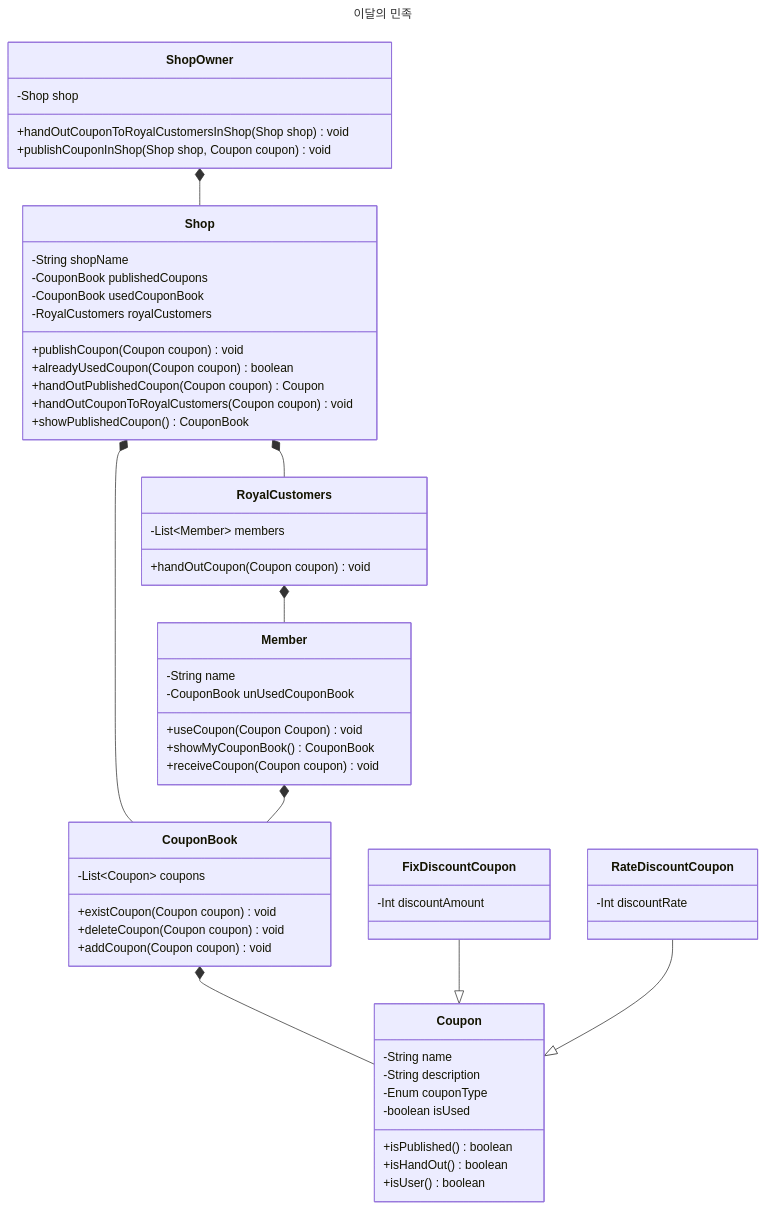
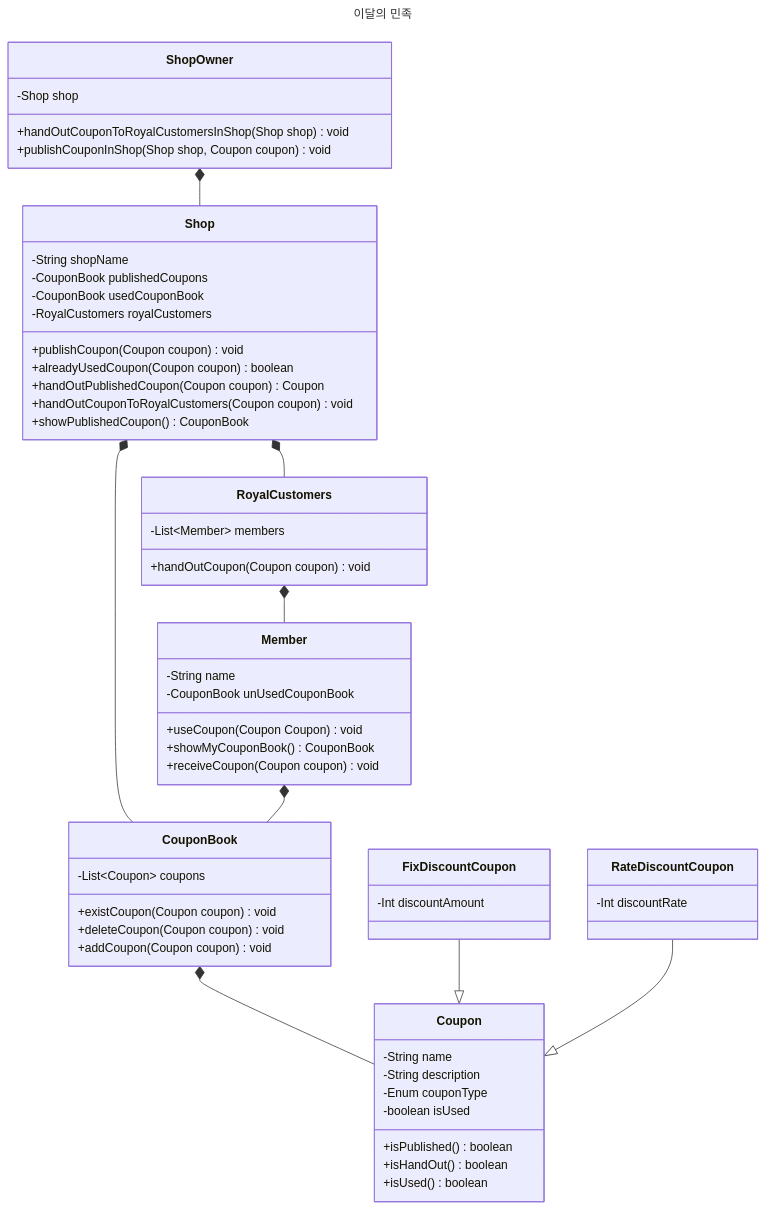
One commit to Exagonal-Study/est-delivery changed the first of 2 diagrams in README.md. Above: the diagram before and after it, drawn with Mermaid.

Commit message:
chore : 도메인 오타 수정

````diff
--- a/README.md
+++ b/README.md
@@ -41,71 +41,71 @@
 ```mermaid
 ---
 title: 이달의 민족
 ---
 classDiagram
     Shop *-- CouponBook
     Shop *-- RoyalCustomers
     RoyalCustomers *-- Member
     Member *-- CouponBook
     CouponBook *-- Coupon
     FixDiscountCoupon --|> Coupon
     RateDiscountCoupon --|> Coupon
     ShopOwner *-- Shop
 
     class CouponBook{
 			-List~Coupon~ coupons
 			+existCoupon(Coupon coupon) void
 			+deleteCoupon(Coupon coupon) void
 			+addCoupon(Coupon coupon) void
     }
 
     class Coupon{
 			-String name
 			-String description
 			-Enum couponType
 			-boolean isUsed
 			+isPublished() boolean
 			+isHandOut() boolean
-			+isUser() boolean
+			+isUsed() boolean
     }
 
     class FixDiscountCoupon{
 			-Int discountAmount
     }
 
     class RateDiscountCoupon{
 			-Int discountRate
     }
 
     class Member{
 			-String name
 			-CouponBook unUsedCouponBook
 			+useCoupon(Coupon Coupon) void
 			+showMyCouponBook() CouponBook
 			+receiveCoupon(Coupon coupon) void
     }
 
 		class ShopOwner{
 			-Shop shop
 			+handOutCouponToRoyalCustomersInShop(Shop shop) void
 			+publishCouponInShop(Shop shop, Coupon coupon) void
 		}
 
 		class Shop{
 			-String shopName
 			-CouponBook publishedCoupons
 			-CouponBook usedCouponBook
 			-RoyalCustomers royalCustomers
 			+publishCoupon(Coupon coupon) void
 			+alreadyUsedCoupon(Coupon coupon) boolean
 			+handOutPublishedCoupon(Coupon coupon) Coupon
 			+handOutCouponToRoyalCustomers(Coupon coupon) void
 			+showPublishedCoupon() CouponBook
 		}
 
 		class RoyalCustomers{
 			-List~Member~ members
 			+handOutCoupon(Coupon coupon) void
 		}
 
 ```
````
